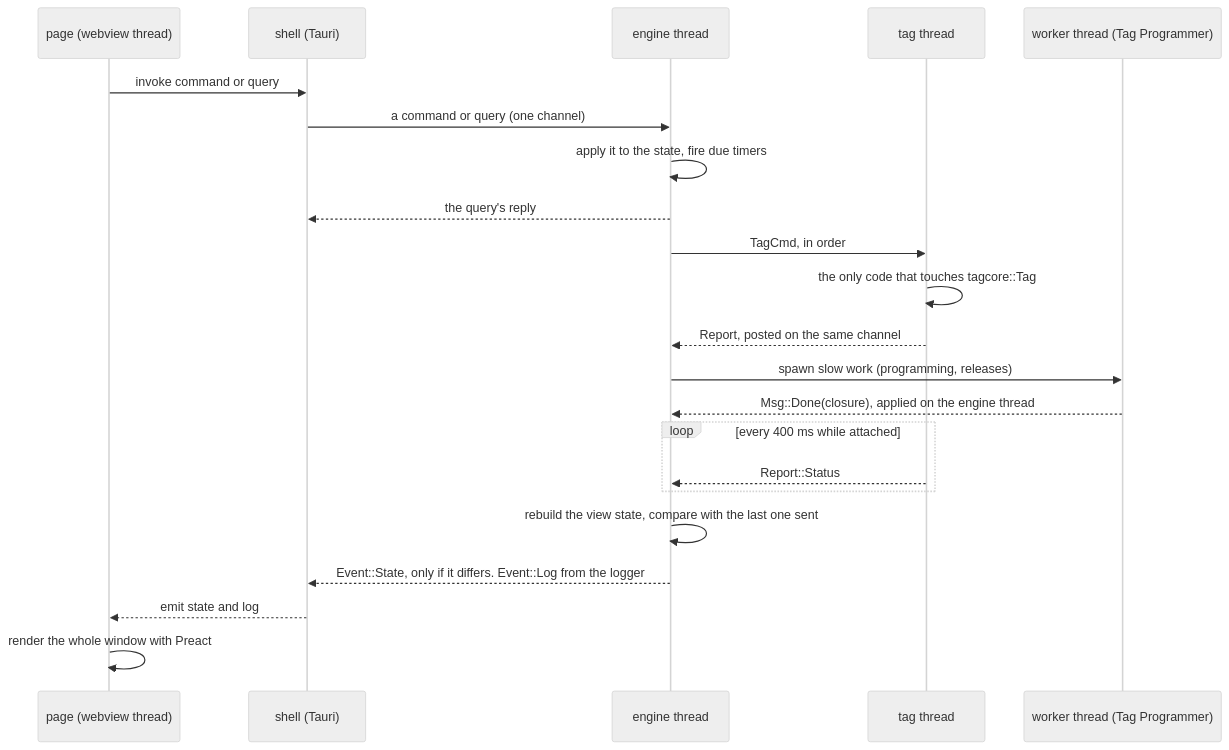
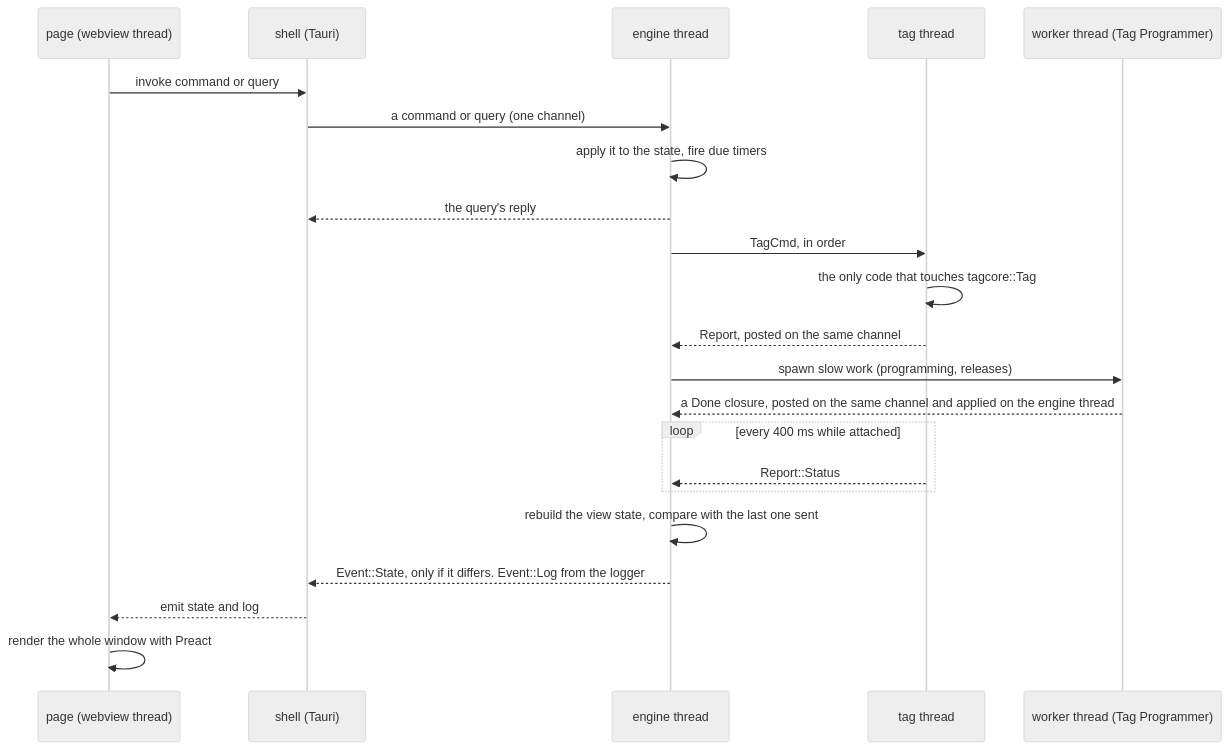
Before and after one commit to tag-designs/software: the second of 2 diagrams in host/design/guide/10-application-pattern.md, drawn with Mermaid (neutral theme). The commit also changed other lines of this file and 27 other files, not shown here.

````diff
--- a/host/design/guide/10-application-pattern.md
+++ b/host/design/guide/10-application-pattern.md
@@ -59,24 +59,24 @@
 ```mermaid
 sequenceDiagram
   participant P as page (webview thread)
   participant S as shell (Tauri)
   participant E as engine thread
   participant T as tag thread
   participant W as worker thread (Tag Programmer)
   P->>S: invoke command or query
   S->>E: a command or query (one channel)
   E->>E: apply it to the state, fire due timers
   E-->>S: the query's reply
   E->>T: TagCmd, in order
   T->>T: the only code that touches tagcore::Tag
   T-->>E: Report, posted on the same channel
   E->>W: spawn slow work (programming, releases)
-  W-->>E: Msg::Done(closure), applied on the engine thread
+  W-->>E: a Done closure, posted on the same channel and applied on the engine thread
   loop every 400 ms while attached
     T-->>E: Report::Status
   end
   E->>E: rebuild the view state, compare with the last one sent
   E-->>S: Event::State, only if it differs. Event::Log from the logger
   S-->>P: emit state and log
   P->>P: render the whole window with Preact
 ```
````
